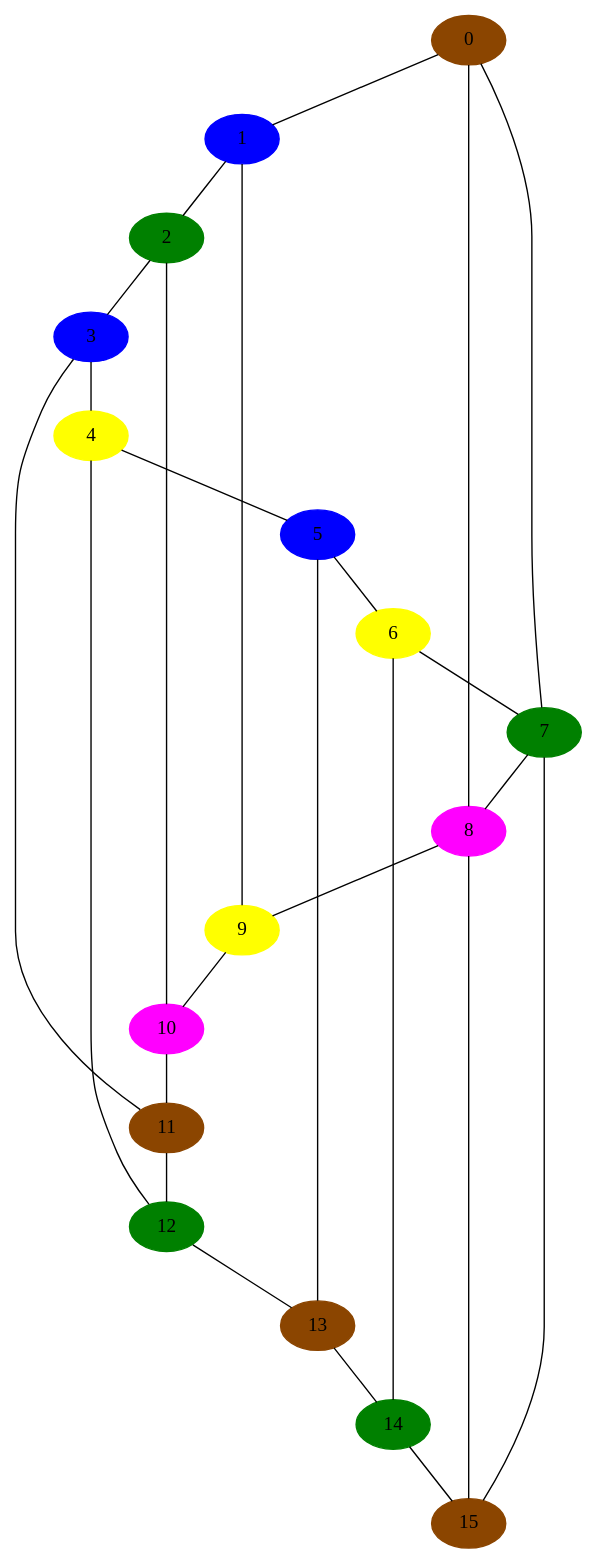
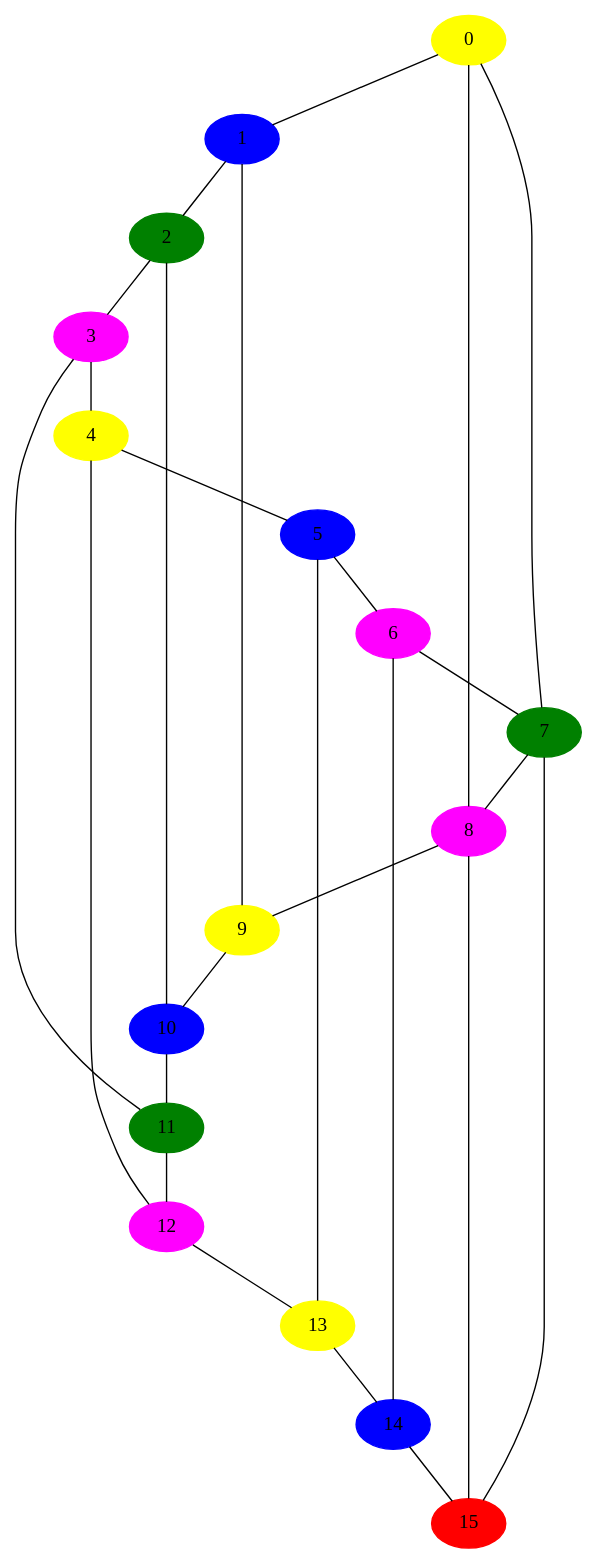
Before and after one commit to kuldeep725/COLLEGE_STUFFS: the diagram in CSlAB_2017/GraphNextSession/planar1ColoredPlanar.dot, drawn with Graphviz. The commit also changed 5 other files, not shown here.

```diff
--- a/CSlAB_2017/GraphNextSession/planar1ColoredPlanar.dot
+++ b/CSlAB_2017/GraphNextSession/planar1ColoredPlanar.dot
@@ -1,44 +1,44 @@
 graph planar1 {
       0 -- 1 ;
       0 -- 7 ;
       0 -- 8 ;
       1 -- 2 ;
       1 -- 9 ;
       2 -- 3 ;
       2 -- 10 ;
       3 -- 4 ;
       3 -- 11 ;
       4 -- 5 ;
       4 -- 12 ;
       5 -- 6 ;
       5 -- 13 ;
       6 -- 7 ;
       6 -- 14 ;
       7 -- 8 ;
       7 -- 15 ;
       8 -- 9 ;
       8 -- 15 ;
       9 -- 10 ;
       10 -- 11 ;
       11 -- 12 ;
       12 -- 13 ;
       13 -- 14 ;
       14 -- 15 ;
       15 ;
-      0 [color=darkorange4, style=filled];
+      0 [color=yellow, style=filled];
       1 [color=blue, style=filled];
       2 [color=green, style=filled];
-      3 [color=blue, style=filled];
+      3 [color=magenta, style=filled];
       4 [color=yellow, style=filled];
       5 [color=blue, style=filled];
-      6 [color=yellow, style=filled];
+      6 [color=magenta, style=filled];
       7 [color=green, style=filled];
       8 [color=magenta, style=filled];
       9 [color=yellow, style=filled];
-      10 [color=magenta, style=filled];
-      11 [color=darkorange4, style=filled];
-      12 [color=green, style=filled];
-      13 [color=darkorange4, style=filled];
-      14 [color=green, style=filled];
-      15 [color=darkorange4, style=filled]
+      10 [color=blue, style=filled];
+      11 [color=green, style=filled];
+      12 [color=magenta, style=filled];
+      13 [color=yellow, style=filled];
+      14 [color=blue, style=filled];
+      15 [color=red, style=filled]
 }
```
